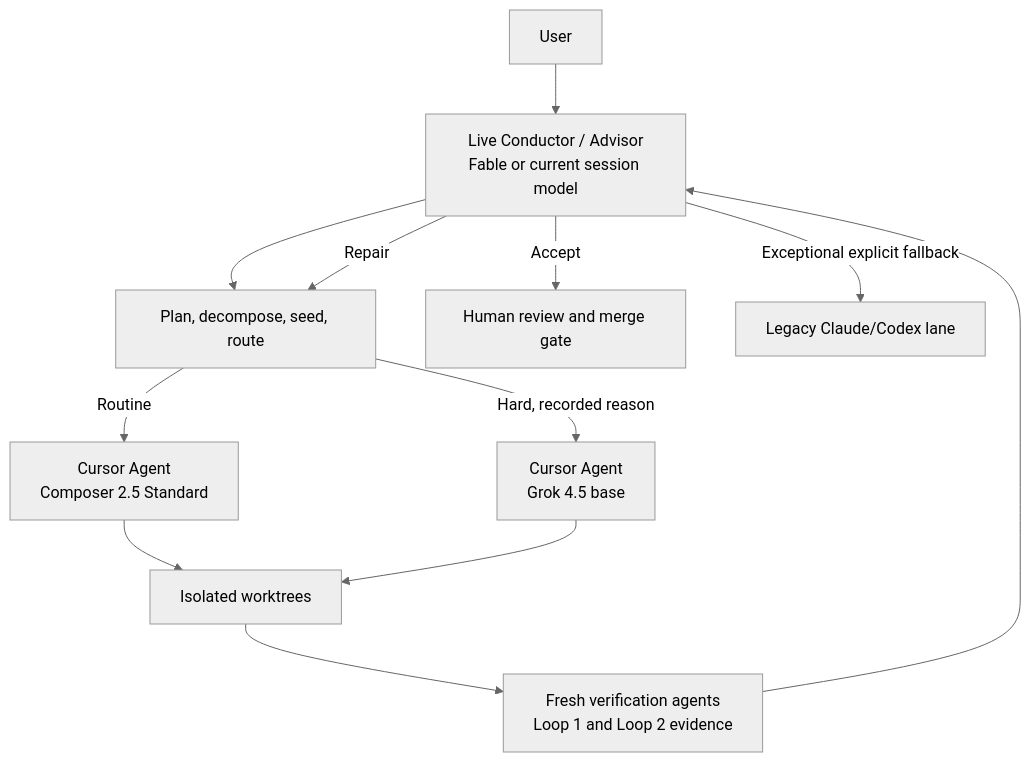
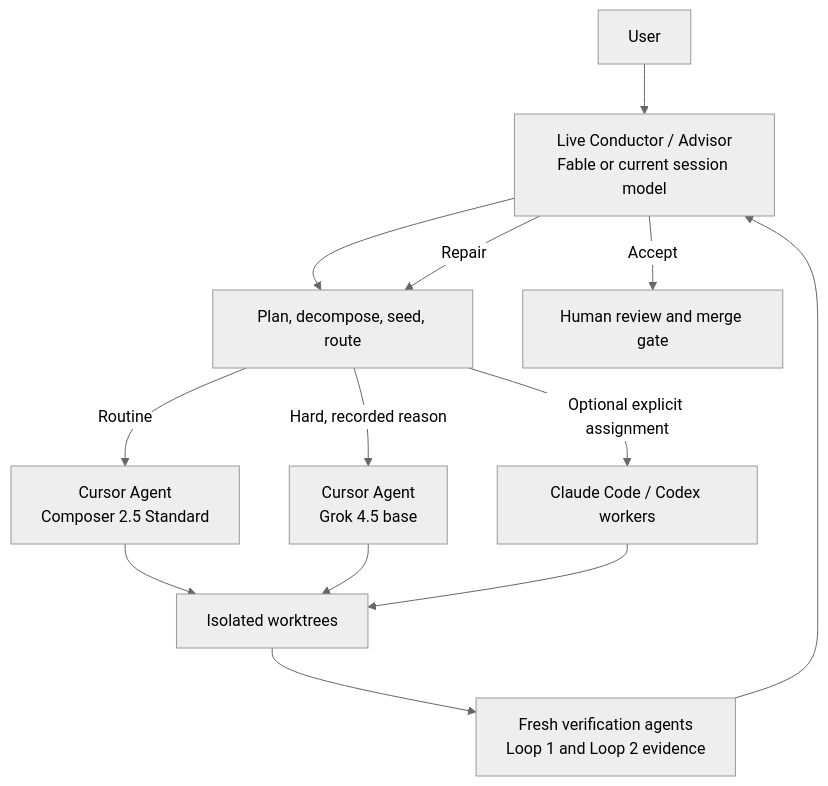
Before and after one commit to filippo-fonseca/better-gsd: the first of 2 diagrams in README.md, drawn with Mermaid (neutral theme). The commit also changed other lines of this file and 4 other files, not shown here.

First line of the commit message:
Document Claude/Codex as an equal execution backend.

````diff
--- a/README.md
+++ b/README.md
@@ -12,14 +13,15 @@
 ```mermaid
 flowchart TD
     U[User] --> C[Live Conductor / Advisor<br/>Fable or current session model]
     C --> P[Plan, decompose, seed, route]
     P -->|Routine| CO[Cursor Agent<br/>Composer 2.5 Standard]
     P -->|Hard, recorded reason| GR[Cursor Agent<br/>Grok 4.5 base]
+    P -->|Optional explicit assignment| CC[Claude Code / Codex workers]
     CO --> WT[Isolated worktrees]
     GR --> WT
+    CC --> WT
     WT --> EV[Fresh verification agents<br/>Loop 1 and Loop 2 evidence]
     EV --> C
     C -->|Repair| P
     C -->|Accept| HG[Human review and merge gate]
-    C -->|Exceptional explicit fallback| LG[Legacy Claude/Codex lane]
 ```
````
